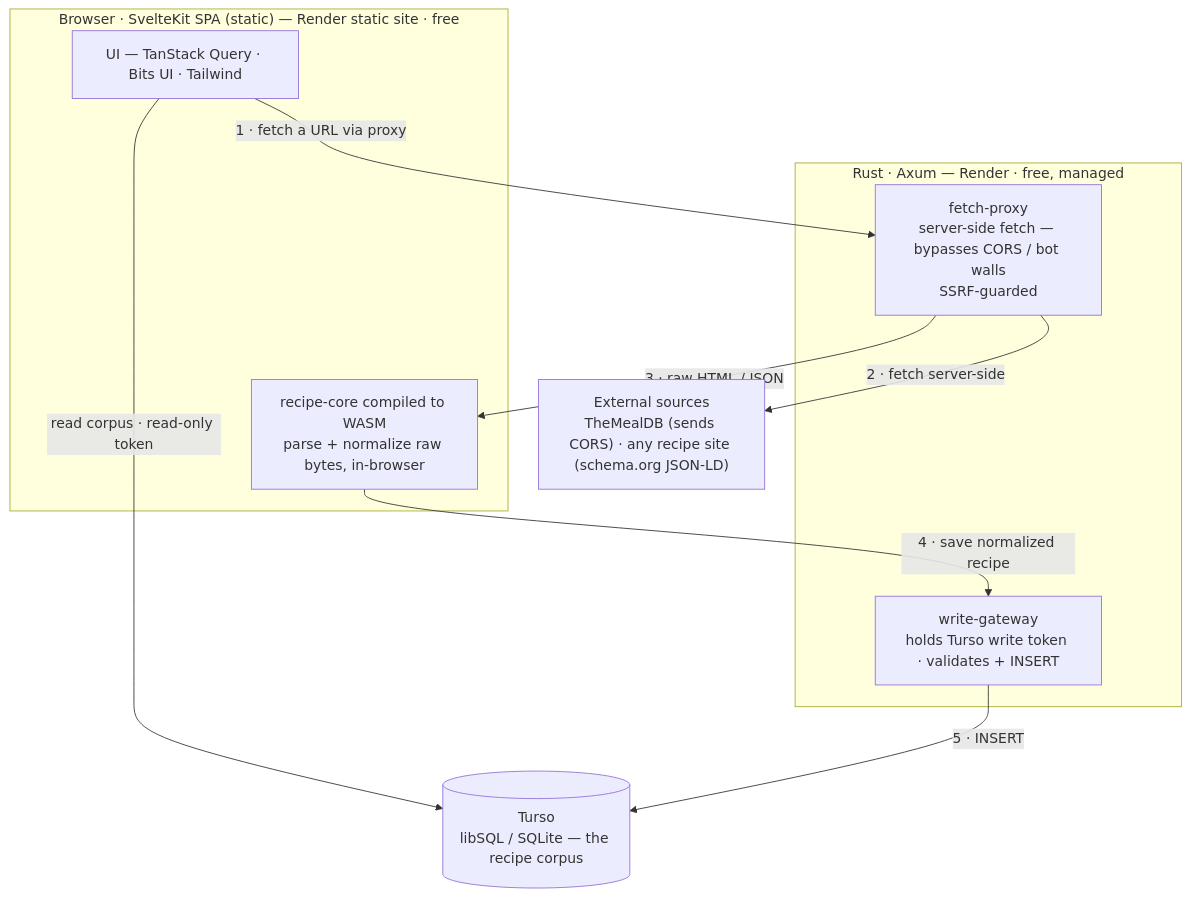
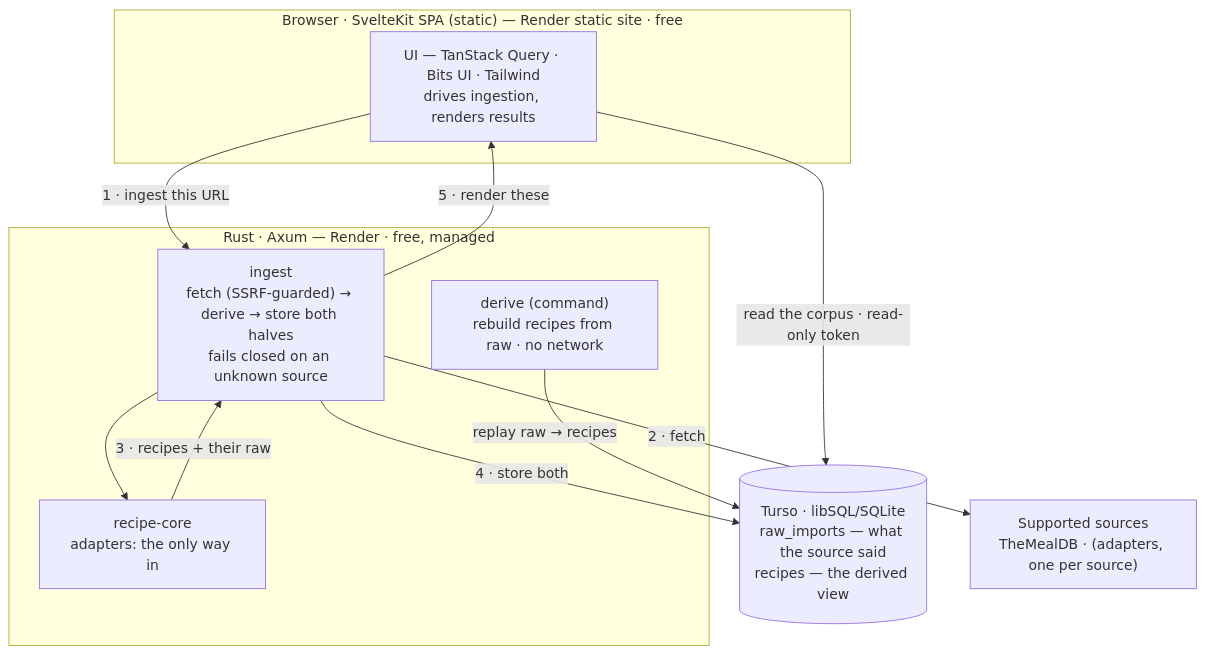
One commit to thedavidmeister/recipes changed the diagram in README.md. Above: the diagram before and after it, drawn with Mermaid. The commit also changed other lines of this file and 21 other files, not shown here.

First line of the commit message:
feat: server-side ingestion, raw corpus, derive — and no wasm

````diff
--- a/README.md
+++ b/README.md
@@ -10,22 +10,24 @@
 ```mermaid
 flowchart TD
     subgraph browser["Browser · SvelteKit SPA (static) — Render static site · free"]
-        ui["UI — TanStack Query · Bits UI · Tailwind"]
-        wasm["recipe-core compiled to WASM<br/>parse + normalize raw bytes, in-browser"]
+        ui["UI — TanStack Query · Bits UI · Tailwind<br/>drives ingestion, renders results"]
     end
 
     subgraph render["Rust · Axum — Render · free, managed"]
-        proxy["fetch-proxy<br/>server-side fetch — bypasses CORS / bot walls<br/>SSRF-guarded"]
-        write["write-gateway<br/>holds Turso write token · validates + INSERT"]
+        ingest["ingest<br/>fetch (SSRF-guarded) → derive → store both halves<br/>fails closed on an unknown source"]
+        core["recipe-core<br/>adapters: the only way in"]
+        derivecmd["derive (command)<br/>rebuild recipes from raw · no network"]
     end
 
-    turso[("Turso<br/>libSQL / SQLite — the recipe corpus")]
-    ext["External sources<br/>TheMealDB (sends CORS) · any recipe site (schema.org JSON-LD)"]
+    turso[("Turso · libSQL/SQLite<br/>raw_imports — what the source said<br/>recipes — the derived view")]
+    ext["Supported sources<br/>TheMealDB · (adapters, one per source)"]
 
-    ui -->|"read corpus · read-only token"| turso
-    ui -->|"1 · fetch a URL via proxy"| proxy
-    proxy -->|"2 · fetch server-side"| ext
-    proxy -->|"3 · raw HTML / JSON"| wasm
-    wasm -->|"4 · save normalized recipe"| write
-    write -->|"5 · INSERT"| turso
+    ui -->|"read the corpus · read-only token"| turso
+    ui -->|"1 · ingest this URL"| ingest
+    ingest -->|"2 · fetch"| ext
+    ingest --> core
+    core -->|"3 · recipes + their raw"| ingest
+    ingest -->|"4 · store both"| turso
+    ingest -->|"5 · render these"| ui
+    derivecmd -->|"replay raw → recipes"| turso
 ```
````
